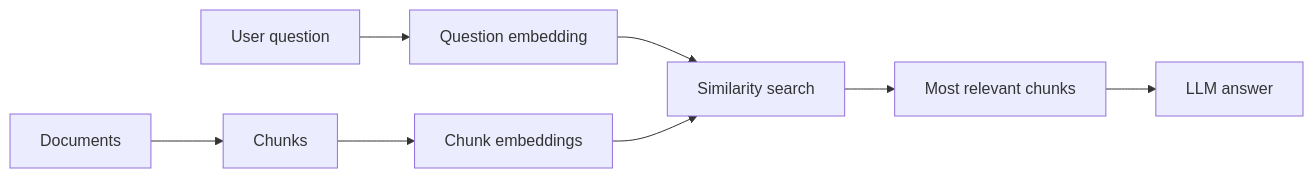
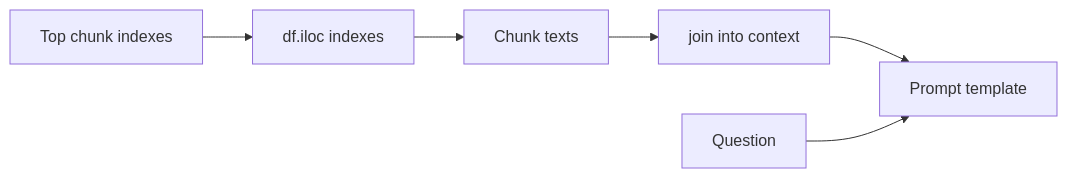
One commit to moslemajra85/knowlege_base_rag changed diagram 12 of 14 in README.md. Above: the diagram before and after it, drawn with Mermaid. The commit also changed other lines of this file, not shown here.

````diff
--- a/README.md
+++ b/README.md
@@ -510,10 +576,8 @@
 ```mermaid
 flowchart LR
-    A[Documents] --> B[Chunks]
-    B --> C[Chunk embeddings]
-    D[User question] --> E[Question embedding]
-    E --> F[Similarity search]
-    C --> F
-    F --> G[Most relevant chunks]
-    G --> H[LLM answer]
+    A[Top chunk indexes] --> B[df.iloc indexes]
+    B --> C[Chunk texts]
+    C --> D[join into context]
+    D --> E[Prompt template]
+    F[Question] --> E
 ```
````
